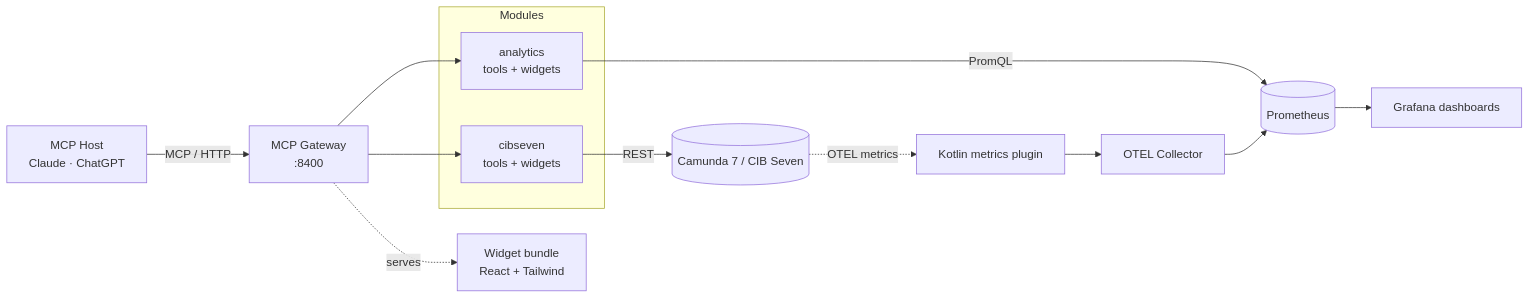
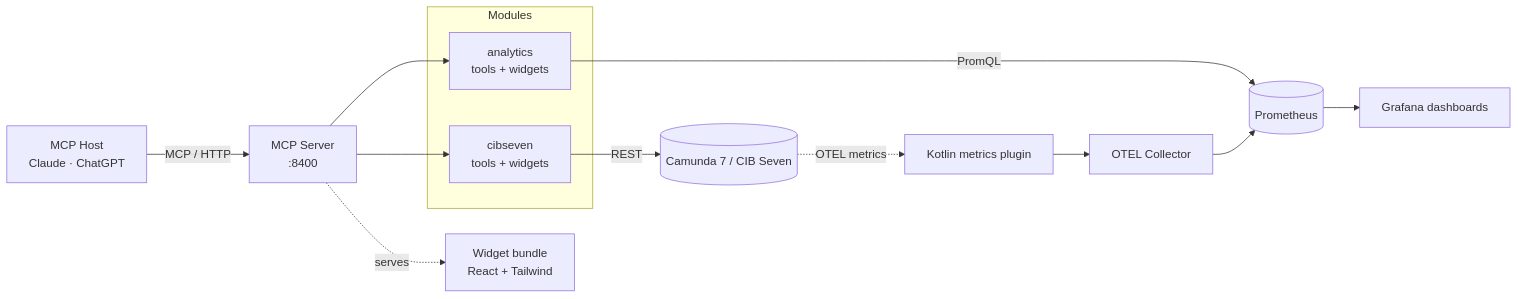
The diagram in docs/architecture.md (Miragon/miragon-ai), drawn with Mermaid before and after one commit. The commit also changed other lines of this file and 291 other files, not shown here.

````diff
--- a/docs/architecture.md
+++ b/docs/architecture.md
@@ -10,22 +10,22 @@
 ```mermaid
 flowchart LR
-  Host[MCP Host<br/>Claude · ChatGPT] -->|MCP / HTTP| Server[MCP Gateway<br/>:8400]
+  Host[MCP Host<br/>Claude · ChatGPT] -->|MCP / HTTP| Server[MCP Server<br/>:8400]
 
   subgraph Modules
     Cibseven[cibseven<br/>tools + widgets]
     Analytics[analytics<br/>tools + widgets]
   end
 
   Server --> Cibseven
   Server --> Analytics
 
   Cibseven -->|REST| Engine[(Camunda 7 / CIB Seven)]
   Analytics -->|PromQL| Prom[(Prometheus)]
 
   Engine -. OTEL metrics .-> Plugin[Kotlin metrics plugin]
   Plugin --> Collector[OTEL Collector]
   Collector --> Prom
   Prom --> Grafana[Grafana dashboards]
 
   Server -. serves .-> Widgets[Widget bundle<br/>React + Tailwind]
 ```
````
